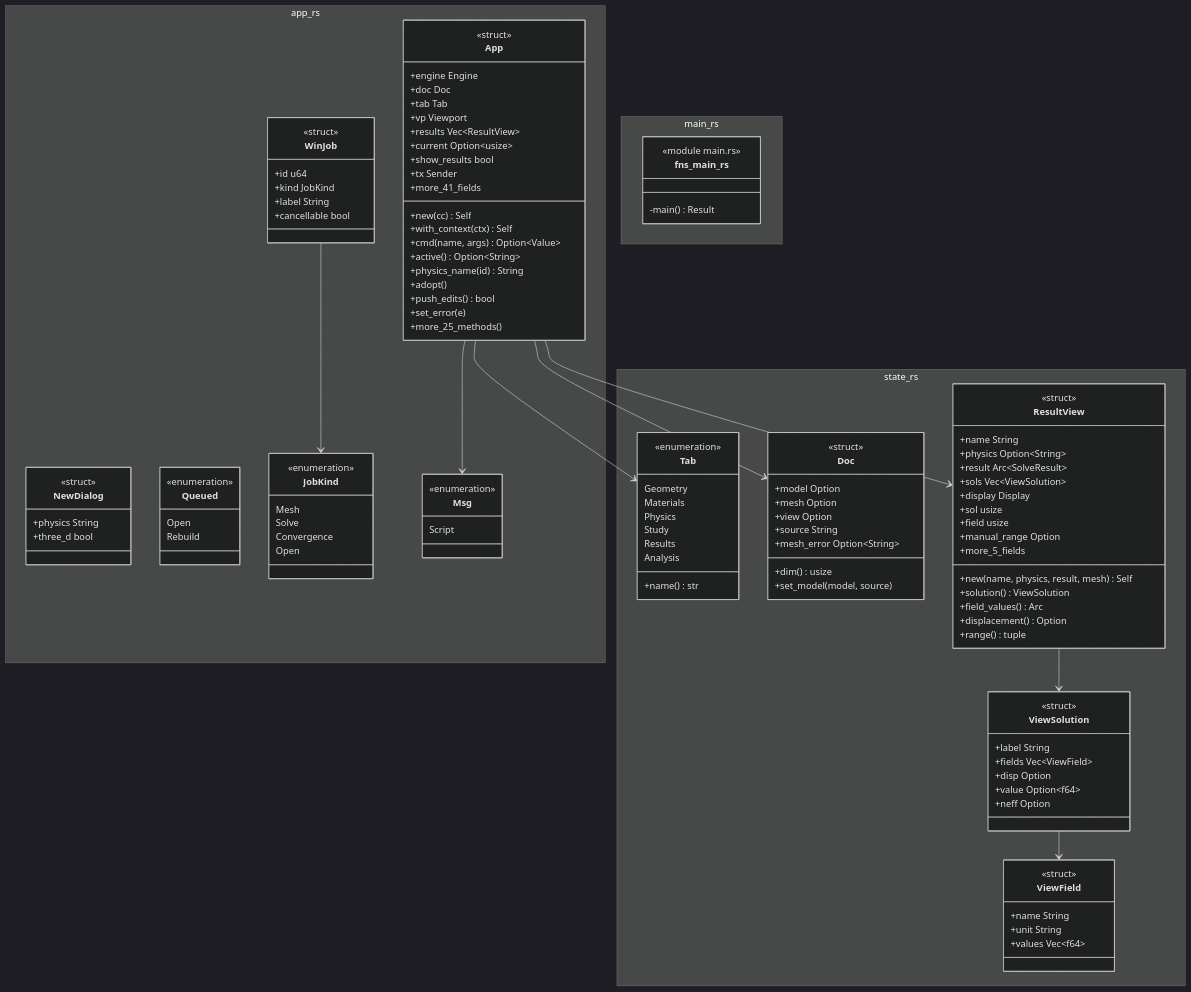
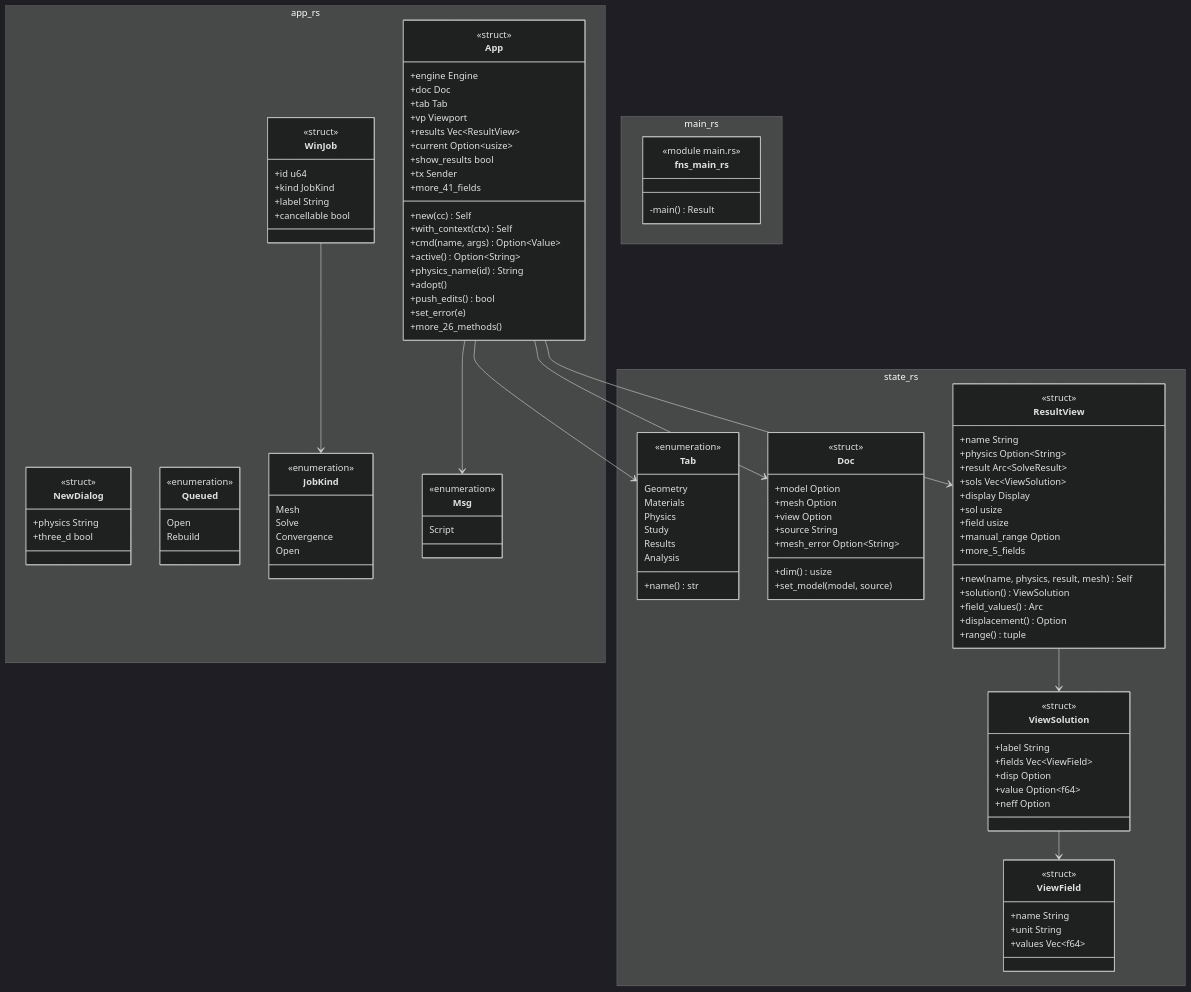
One commit to p-j-r/nyx changed the diagram in docs/architecture/c4/4-code/app/window.md. Above: the diagram before and after it, drawn with Mermaid (dark theme). The commit also changed other lines of this file and 58 other files, not shown here.

```diff
--- a/docs/architecture/c4/4-code/app/window.md
+++ b/docs/architecture/c4/4-code/app/window.md
@@ -89,7 +89,7 @@
         +adopt()
         +push_edits() bool
         +set_error(e)
-        +more_25_methods()
+        +more_26_methods()
     }
   }
   namespace main_rs {
```
